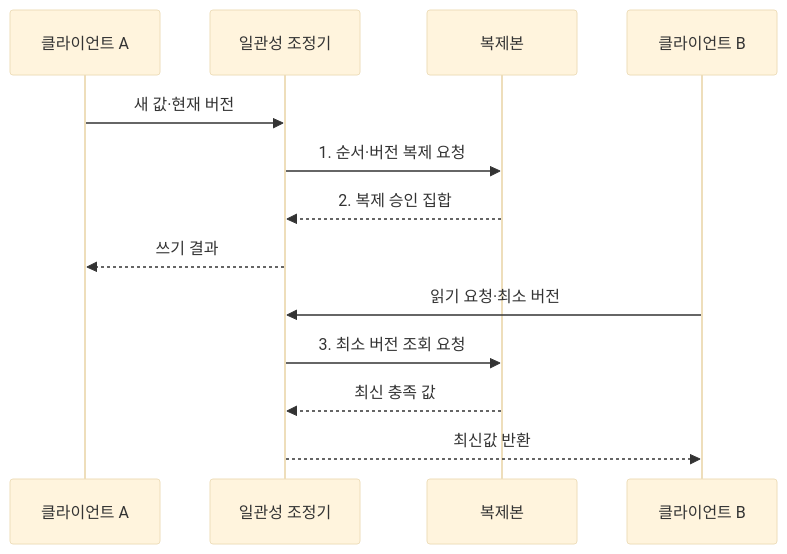
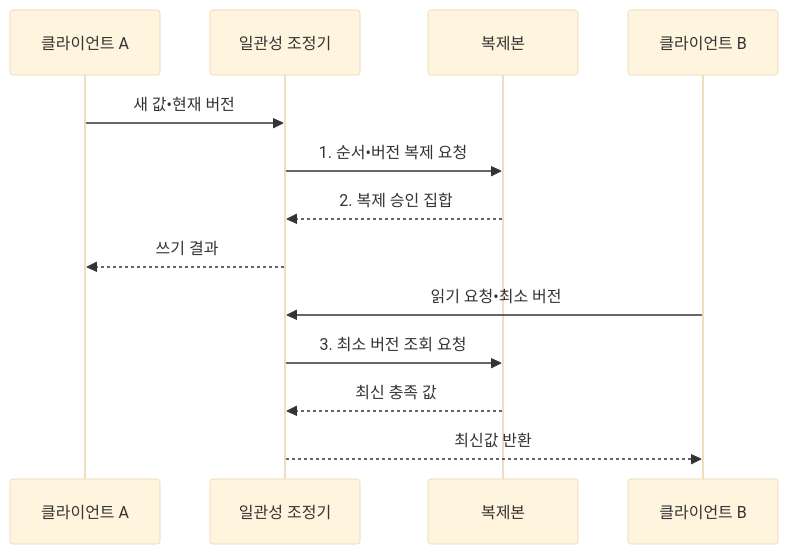
The second of 2 diagrams in src/content/docs/notes/03-software/176_distributed_consistency_models.md (agnusdei1207/knowledge-base), drawn with Mermaid (base theme) before and after one commit. The commit also changed other lines of this file and 953 other files, not shown here.

````diff
--- a/src/content/docs/notes/03-software/176_distributed_consistency_models.md
+++ b/src/content/docs/notes/03-software/176_distributed_consistency_models.md
@@ -107,15 +107,15 @@
 ```mermaid
 sequenceDiagram
     participant A as 클라이언트 A
     participant C as 일관성 조정기
     participant R as 복제본
     participant B as 클라이언트 B
-    A->>C: 새 값·현재 버전
-    C->>R: 1. 순서·버전 복제 요청
+    A->>C: 새 값•현재 버전
+    C->>R: 1. 순서•버전 복제 요청
     R-->>C: 2. 복제 승인 집합
     C-->>A: 쓰기 결과
-    B->>C: 읽기 요청·최소 버전
+    B->>C: 읽기 요청•최소 버전
     C->>R: 3. 최소 버전 조회 요청
     R-->>C: 최신 충족 값
     C-->>B: 최신값 반환
 ```
````
